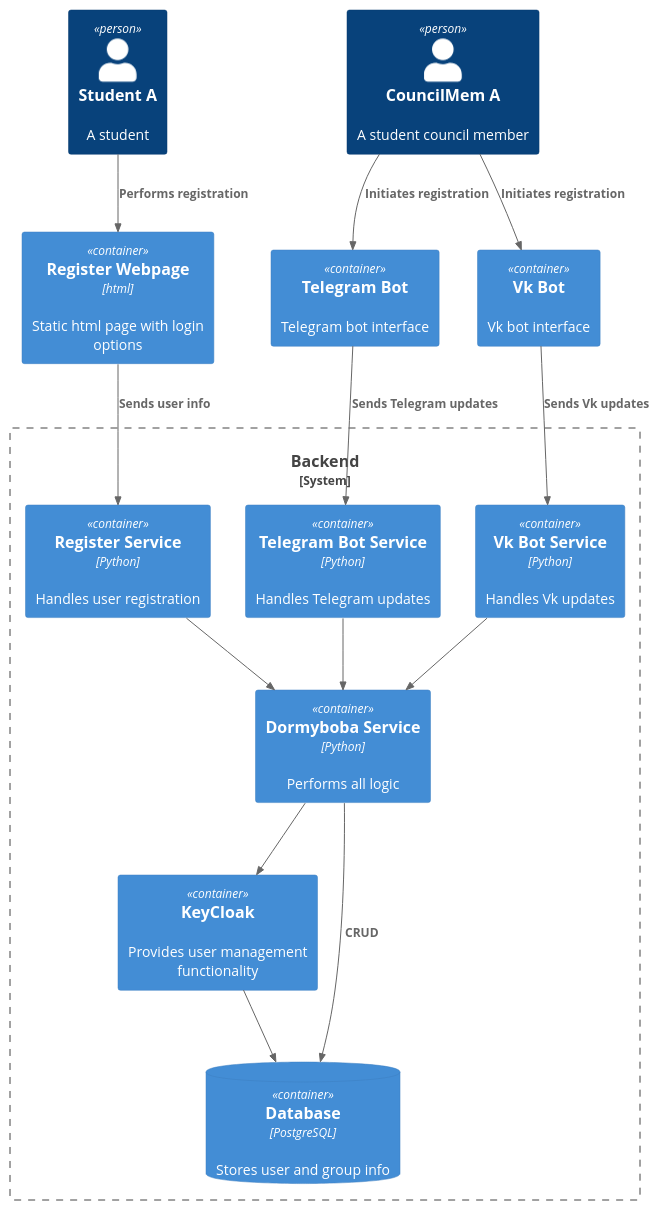
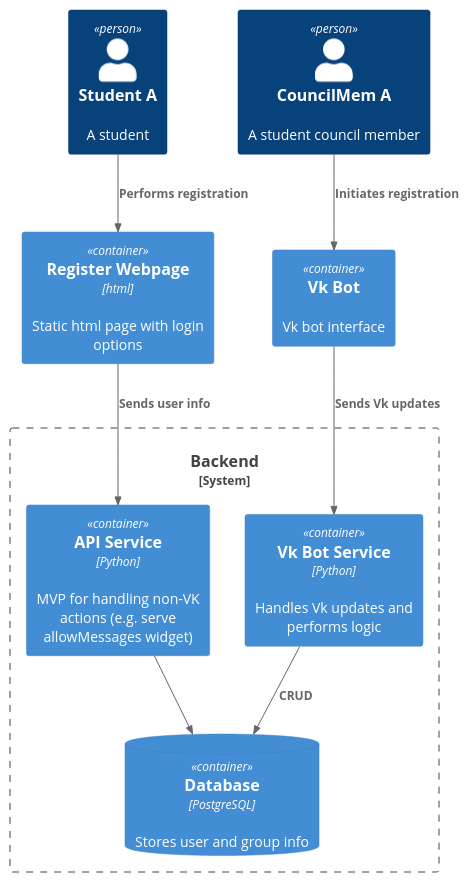
The diagram in docs/hld/system.puml (aaletov/dormyboba), drawn with PlantUML before and after one commit. The commit also changed 11 other files, not shown here.

```diff
--- a/docs/hld/system.puml
+++ b/docs/hld/system.puml
@@ -1,38 +1,27 @@
 @startuml System diagram for dormyboba project
 !include https://raw.githubusercontent.com/plantuml-stdlib/C4-PlantUML/master/C4_Context.puml
 !include https://raw.githubusercontent.com/plantuml-stdlib/C4-PlantUML/master/C4_Container.puml
 
 skinparam defaultFontName Open Sans
 
 Person(studentA, "Student A", "A student")
 Person(councilMemA, "CouncilMem A", "A student council member")
 
 Container(registerPage, "Register Webpage", "html", "Static html page with login options")
-Container(telegramBot, "Telegram Bot", "", "Telegram bot interface")
 Container(vkBot, "Vk Bot", "", "Vk bot interface")
 
 System_Boundary(backend, "Backend") {
-  Container(registerService, "Register Service", "Python", "Handles user registration")
-  Container(telegramBotService, "Telegram Bot Service", "Python", "Handles Telegram updates")
-  Container(vkBotService, "Vk Bot Service", "Python", "Handles Vk updates")
-  Container(dormybobaService, "Dormyboba Service", "Python", "Performs all logic")
-  Container(keyCloak, "KeyCloak", "", "Provides user management functionality")
+  Container(apiService, "API Service", "Python", "MVP for handling non-VK actions (e.g. serve allowMessages widget)")
+  Container(vkBotService, "Vk Bot Service", "Python", "Handles Vk updates and performs logic")
   ContainerDb(db, "Database", "PostgreSQL", "Stores user and group info")
 }
 
 Rel_D(studentA, registerPage, "Performs registration")
-Rel_D(councilMemA, telegramBot, "Initiates registration")
 Rel_D(councilMemA, vkBot, "Initiates registration")
 
-Rel_D(registerPage, registerService, "Sends user info")
-Rel_D(telegramBot, telegramBotService, "Sends Telegram updates")
+Rel_D(apiService, db, "")
+Rel_D(registerPage, apiService, "Sends user info")
 Rel_D(vkBot, vkBotService, "Sends Vk updates")
 
-Rel_D(registerService, dormybobaService, "")
-Rel_D(telegramBotService, dormybobaService, "")
-Rel_D(vkBotService, dormybobaService, "")
-
-Rel_D(dormybobaService, keyCloak, "")
-Rel_D(keyCloak, db, "")
-Rel_D(dormybobaService, db, "CRUD")
+Rel_D(vkBotService, db, "CRUD")
 @enduml
```
